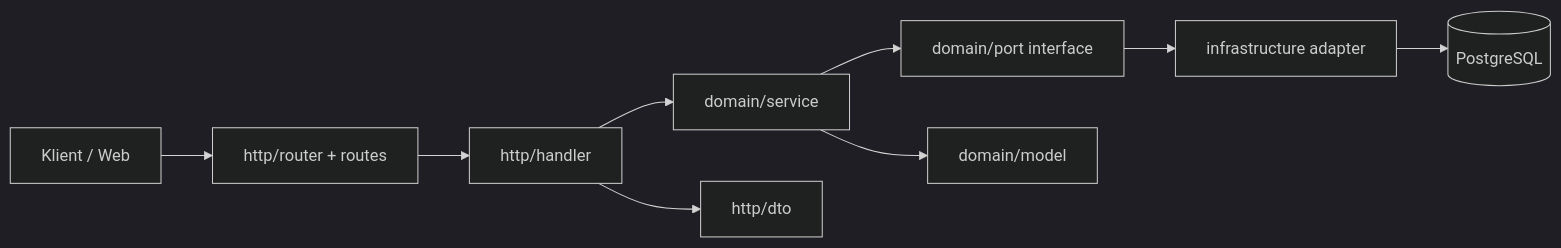
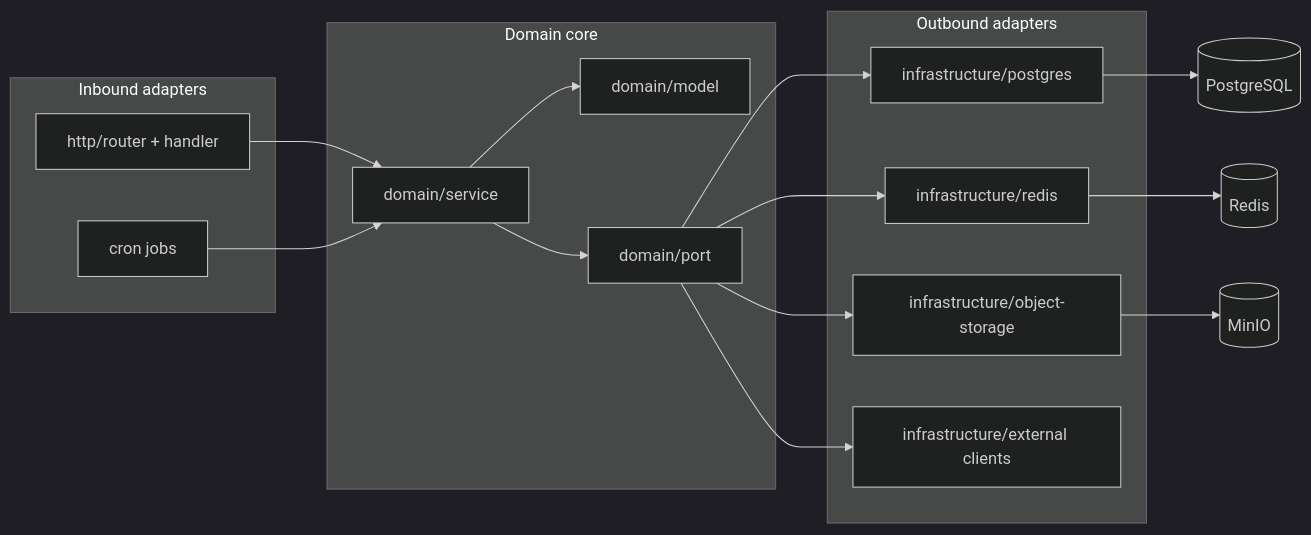
The diagram in apps/docs/src/content/docs/tjenester/echo-web-mono/api/arkitektur.md (echo-webkom/echo-web-mono), drawn with Mermaid (dark theme) before and after one commit. The commit also changed other lines of this file and 3 other files, not shown here.

Commit message:
docs: update echo-web-mono architecture and remove sanity package reference

````diff
--- a/apps/docs/src/content/docs/tjenester/echo-web-mono/api/arkitektur.md
+++ b/apps/docs/src/content/docs/tjenester/echo-web-mono/api/arkitektur.md
@@ -60,11 +60,31 @@
 ```mermaid
 flowchart LR
-    Client[Klient / Web] --> Router[http/router + routes]
-    Router --> Handler[http/handler]
-    Handler --> Service[domain/service]
-    Service --> Port[domain/port interface]
-    Port --> Adapter[infrastructure adapter]
-    Adapter --> DB[(PostgreSQL)]
-    Service --> Model[domain/model]
-    Handler --> DTO[http/dto]
+    subgraph Inbound[Inbound adapters]
+        HTTP[http/router + handler]
+        CRON[cron jobs]
+    end
+
+    subgraph Core[Domain core]
+        SVC[domain/service]
+        MODEL[domain/model]
+        PORT[domain/port]
+    end
+
+    subgraph Outbound[Outbound adapters]
+        REPO[infrastructure/postgres]
+        CACHE[infrastructure/redis]
+        OBJ[infrastructure/object-storage]
+        EXT[infrastructure/external clients]
+    end
+
+    HTTP --> SVC
+    CRON --> SVC
+
+    SVC --> MODEL
+    SVC --> PORT
+
+    PORT --> REPO --> DB[(PostgreSQL)]
+    PORT --> CACHE --> REDIS[(Redis)]
+    PORT --> OBJ --> MINIO[(MinIO)]
+    PORT --> EXT
 ```
````
